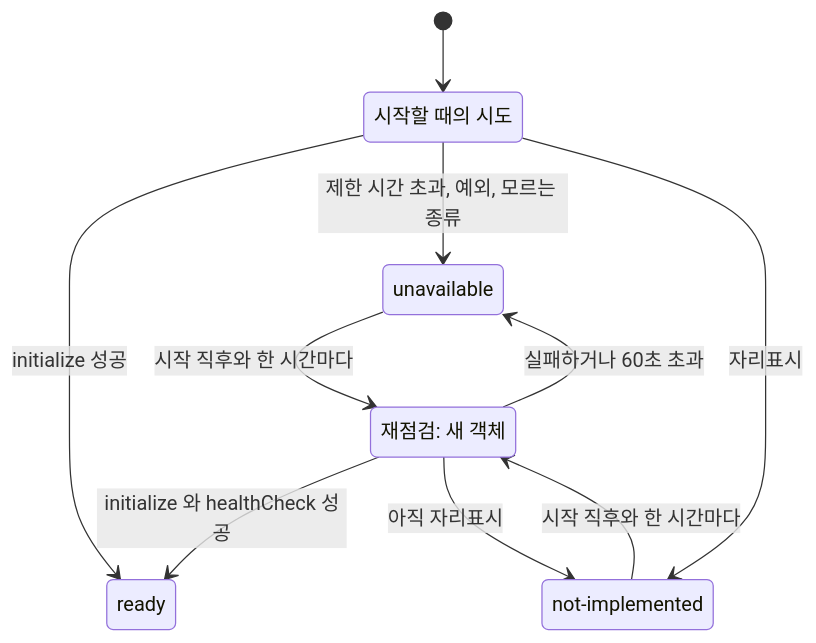
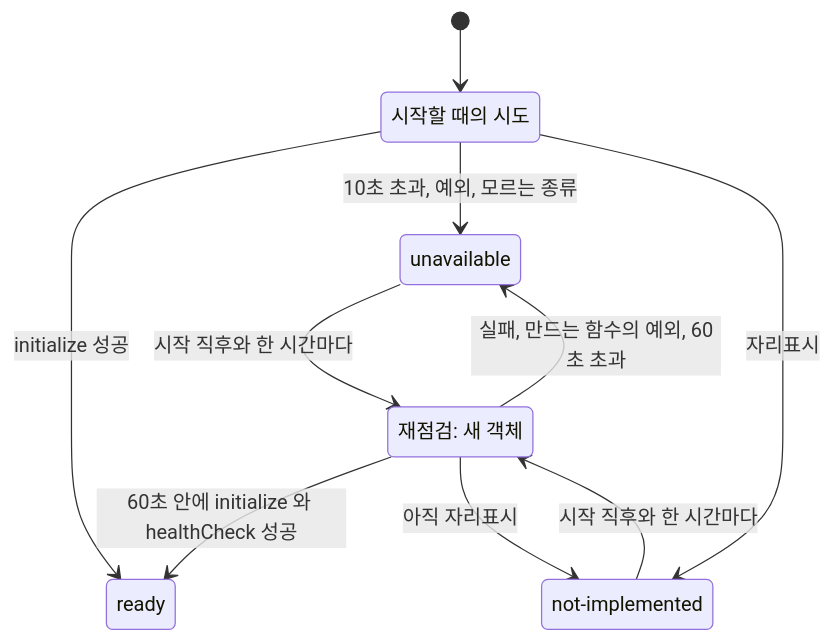
Before and after one commit to nohdol97/PKI: the second of 2 diagrams in docs/specs/2026-11-22-I05-site-connector-registration.md, drawn with Mermaid. The commit also changed other lines of this file and 1 other file, not shown here.

````diff
--- a/docs/specs/2026-11-22-I05-site-connector-registration.md
+++ b/docs/specs/2026-11-22-I05-site-connector-registration.md
@@ -237,17 +318,17 @@
 ```mermaid
 stateDiagram-v2
   state "시작할 때의 시도" as TRY
   state "ready" as READY
   state "unavailable" as UNAVAIL
   state "not-implemented" as NOTIMPL
   state "재점검: 새 객체" as RECHECK
   [*] --> TRY
   TRY --> READY: initialize 성공
-  TRY --> UNAVAIL: 제한 시간 초과, 예외, 모르는 종류
+  TRY --> UNAVAIL: 10초 초과, 예외, 모르는 종류
   TRY --> NOTIMPL: 자리표시
   UNAVAIL --> RECHECK: 시작 직후와 한 시간마다
   NOTIMPL --> RECHECK: 시작 직후와 한 시간마다
-  RECHECK --> READY: initialize 와 healthCheck 성공
-  RECHECK --> UNAVAIL: 실패하거나 60초 초과
+  RECHECK --> READY: 60초 안에 initialize 와 healthCheck 성공
+  RECHECK --> UNAVAIL: 실패, 만드는 함수의 예외, 60초 초과
   RECHECK --> NOTIMPL: 아직 자리표시
 ```
````
